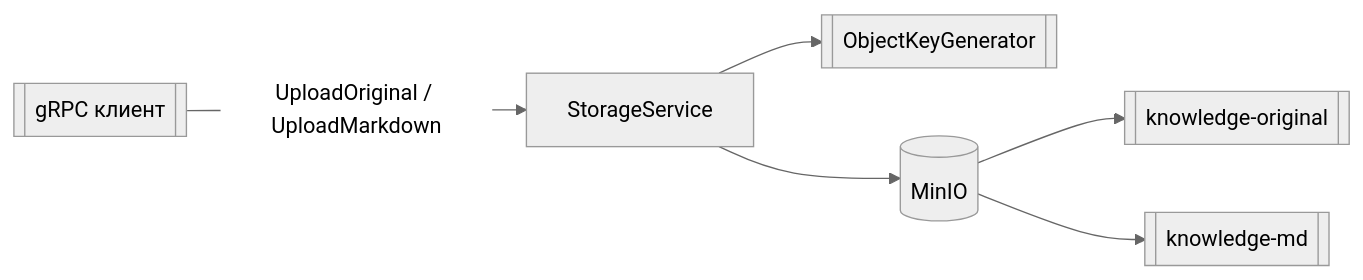
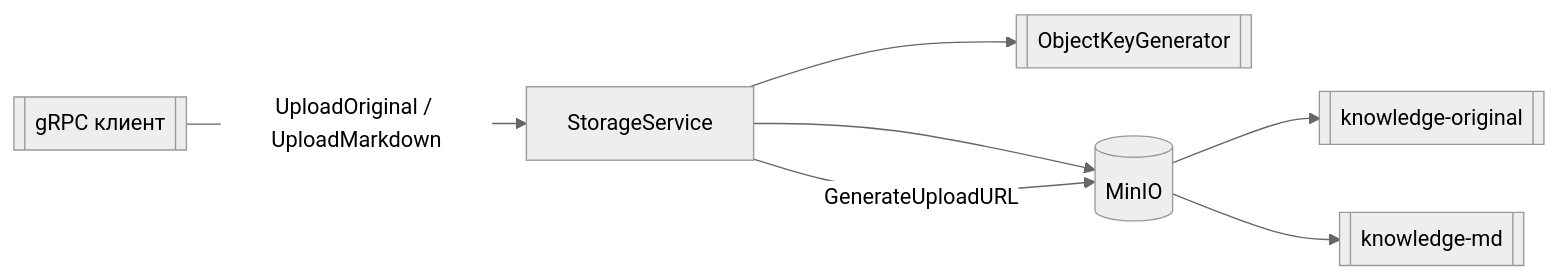
One commit to FedorovTeam/mono-repo changed the first of 2 diagrams in backend/storage-service/diagrams.md. Above: the diagram before and after it, drawn with Mermaid (neutral theme). The commit also changed other lines of this file and 7 other files, not shown here.

````diff
--- a/backend/storage-service/diagrams.md
+++ b/backend/storage-service/diagrams.md
@@ -4,8 +4,9 @@
 ```mermaid
 flowchart LR
   Client[[gRPC клиент]] -->|UploadOriginal / UploadMarkdown| StorageService
   StorageService --> KeyGen[[ObjectKeyGenerator]]
   StorageService --> MinIO[(MinIO)]
   MinIO --> Bucket1[[knowledge-original]]
   MinIO --> Bucket2[[knowledge-md]]
+  StorageService -->|GenerateUploadURL| MinIO
 ```
````
